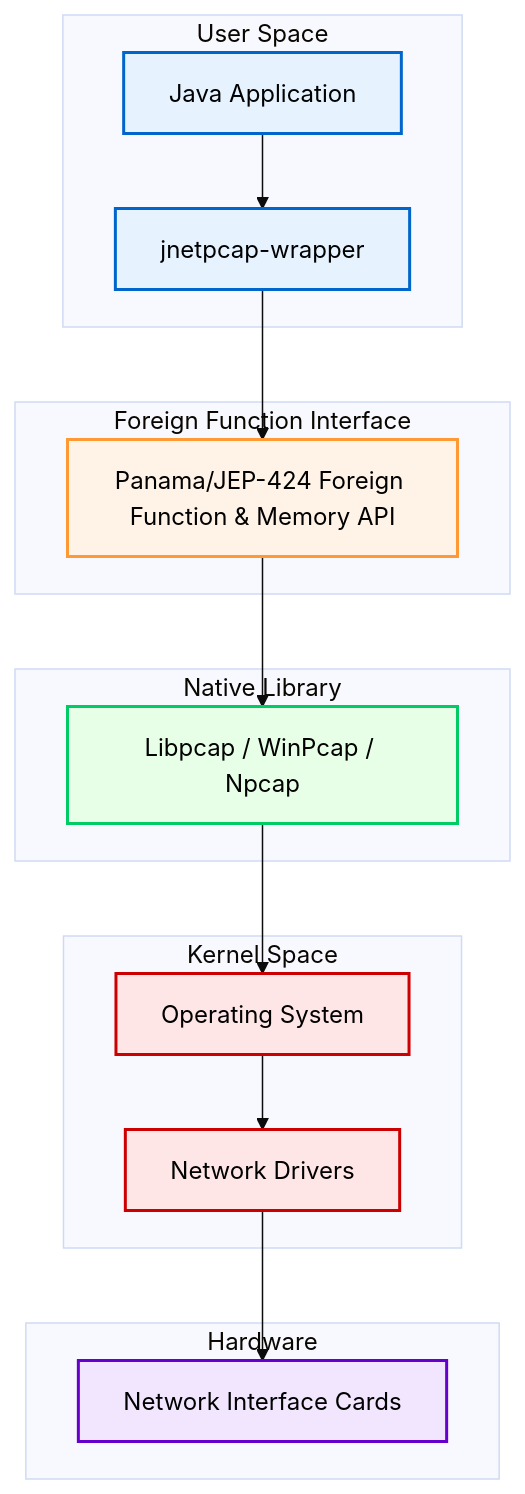
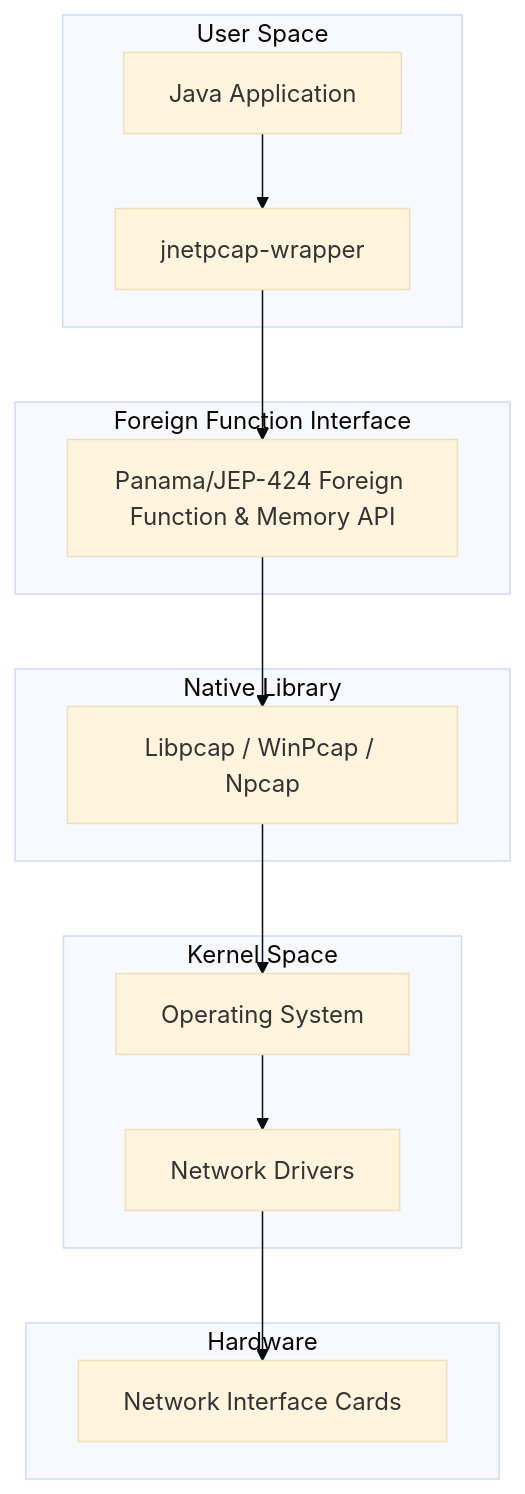
One commit to slytechs-repos/jnetpcap-wrapper changed the diagram in README.md. Above: the diagram before and after it, drawn with Mermaid (base theme). The commit also changed other lines of this file, not shown here.

````diff
--- a/README.md
+++ b/README.md
@@ -41,43 +53,31 @@
 ```mermaid
 graph TD
     A[Java Application] --> B[jnetpcap-wrapper]
     B --> C[Panama/JEP-424 Foreign Function & Memory API]
     C --> D[Libpcap / WinPcap / Npcap]
     D --> E[Operating System]
     E --> F[Network Drivers]
     F --> G[Network Interface Cards]
 
     subgraph "User Space"
         A
         B
     end
 
     subgraph "Foreign Function Interface"
         C
     end
 
     subgraph "Native Library"
         D
     end
 
     subgraph "Kernel Space"
         E
         F
     end
 
     subgraph "Hardware"
         G
     end
-
-    classDef userSpace fill:#e6f3ff,stroke:#0066cc,stroke-width:2px,color:#000000
-    classDef ffi fill:#fff2e6,stroke:#ff9933,stroke-width:2px,color:#000000
-    classDef nativeLib fill:#e6ffe6,stroke:#00cc66,stroke-width:2px,color:#000000
-    classDef kernelSpace fill:#ffe6e6,stroke:#cc0000,stroke-width:2px,color:#000000
-    classDef hardware fill:#f2e6ff,stroke:#6600cc,stroke-width:2px,color:#000000
-
-    class A,B userSpace
-    class C ffi
-    class D nativeLib
-    class E,F kernelSpace
-    class G hardware
 ```
````
